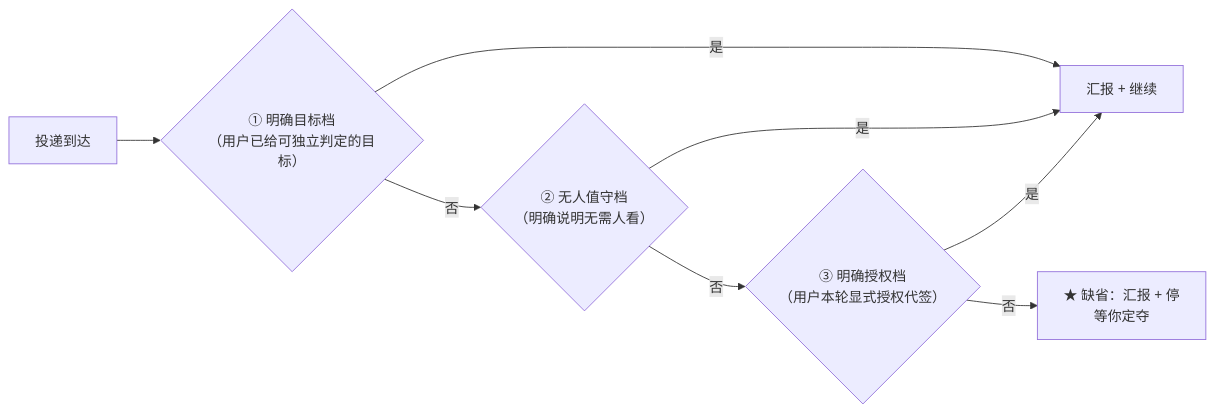
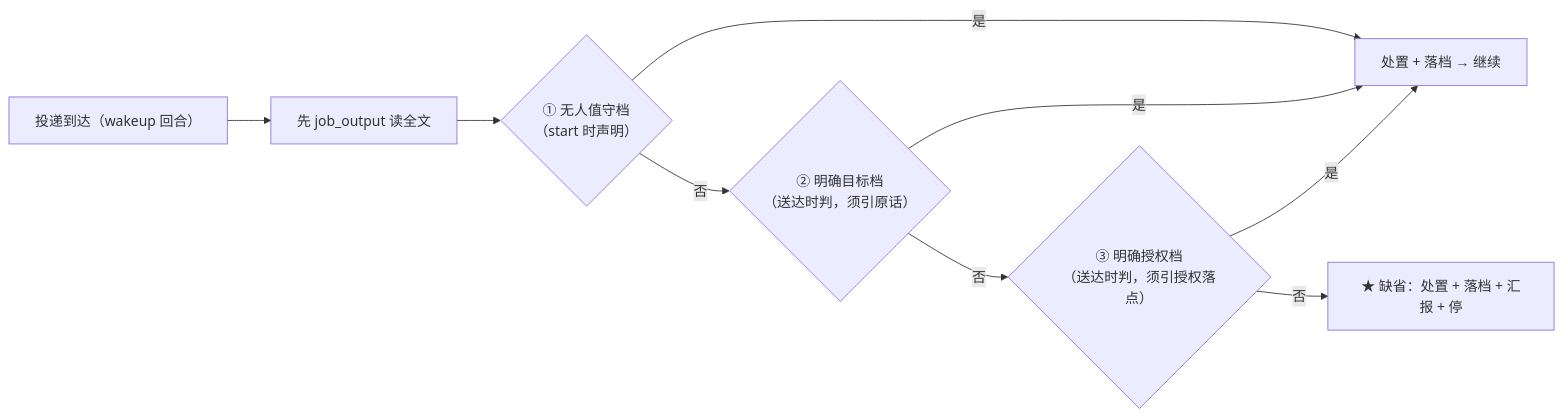
Before and after one commit to shenhuanageshei/dsh-thincoder-suite: the second of 3 diagrams in docs/2026-09-15-consult-delivery-design.md, drawn with Mermaid. The commit also changed other lines of this file and 2 other files, not shown here.

````diff
--- a/docs/2026-09-15-consult-delivery-design.md
+++ b/docs/2026-09-15-consult-delivery-design.md
@@ -143,10 +155,11 @@
 ```mermaid
 flowchart LR
-  P["投递到达"] --> Q1{"① 明确目标档<br/>（用户已给可独立判定的目标）"}
-  Q1 -- "是" --> GO["汇报 + 继续"]
-  Q1 -- "否" --> Q2{"② 无人值守档<br/>（明确说明无需人看）"}
+  P["投递到达（wakeup 回合）"] --> R["先 job_output 读全文"]
+  R --> Q1{"① 无人值守档<br/>（start 时声明）"}
+  Q1 -- "是" --> GO["处置 + 落档 → 继续"]
+  Q1 -- "否" --> Q2{"② 明确目标档<br/>（送达时判，须引原话）"}
   Q2 -- "是" --> GO
-  Q2 -- "否" --> Q3{"③ 明确授权档<br/>（用户本轮显式授权代签）"}
+  Q2 -- "否" --> Q3{"③ 明确授权档<br/>（送达时判，须引授权落点）"}
   Q3 -- "是" --> GO
-  Q3 -- "否" --> STOP["★ 缺省：汇报 + 停<br/>等你定夺"]
+  Q3 -- "否" --> STOP["★ 缺省：处置 + 落档 + 汇报 + 停"]
 ```
````
